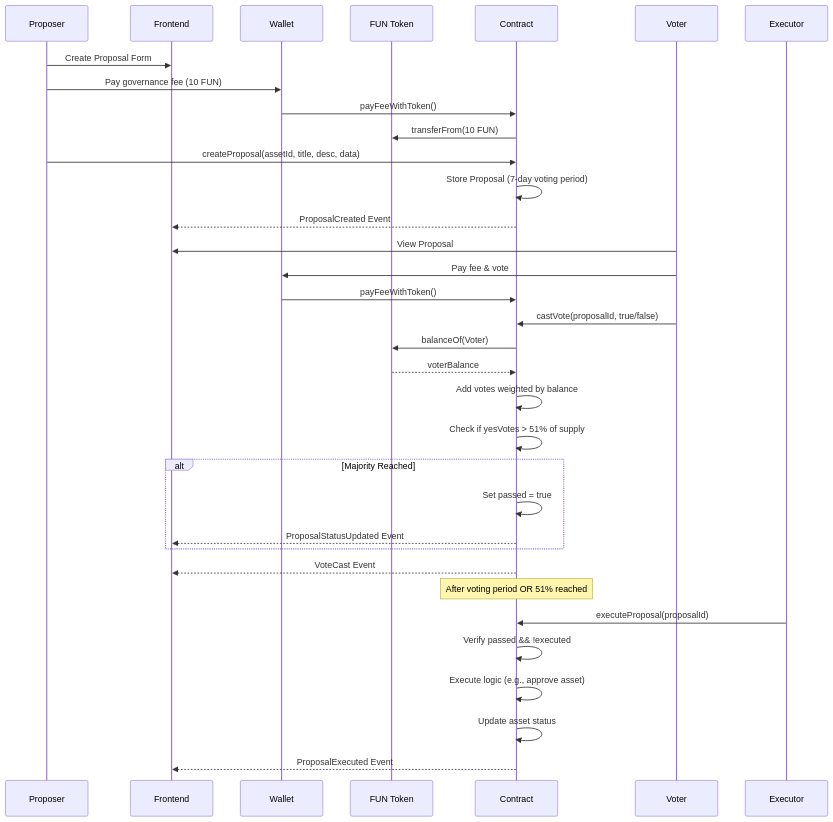
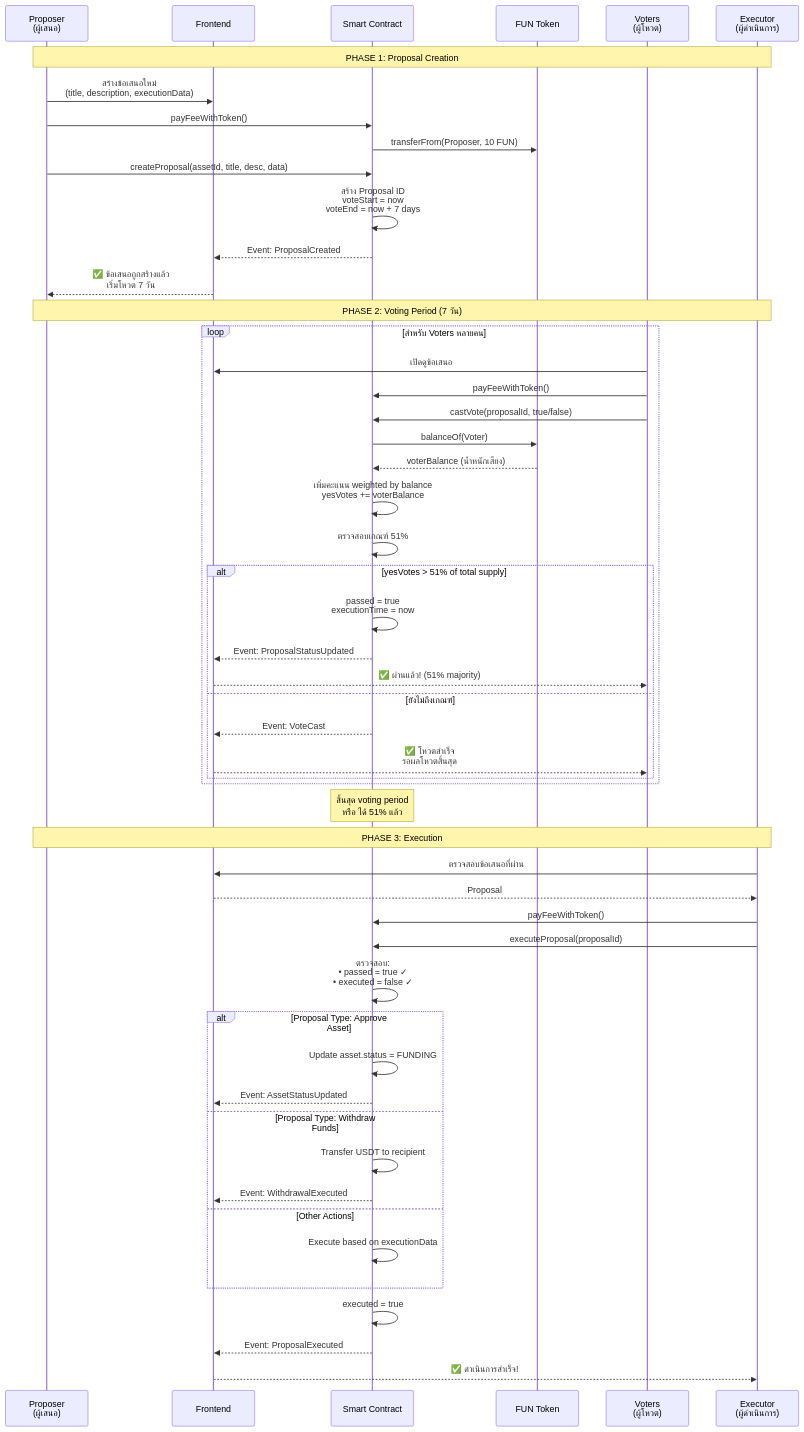
One commit to Phattarapong26/FinalDAOApp changed the third of 5 diagrams in README.md. Above: the diagram before and after it, drawn with Mermaid. The commit also changed other lines of this file, not shown here.

````diff
--- a/README.md
+++ b/README.md
@@ -223,41 +851,69 @@
 ```mermaid
 sequenceDiagram
-    participant Proposer
-    participant Frontend
-    participant Wallet
-    participant FUN Token
-    participant Contract
-    participant Voter
-    participant Executor
-
-    Proposer->>Frontend: Create Proposal Form
-    Proposer->>Wallet: Pay governance fee (10 FUN)
-    Wallet->>Contract: payFeeWithToken()
-    Contract->>FUN Token: transferFrom(10 FUN)
+    participant Prop as Proposer<br/>(ผู้เสนอ)
+    participant UI as Frontend
+    participant SC as Smart Contract
+    participant FUN as FUN Token
+    participant Voter as Voters<br/>(ผู้โหวต)
+    participant Exec as Executor<br/>(ผู้ดำเนินการ)
     
-    Proposer->>Contract: createProposal(assetId, title, desc, data)
-    Contract->>Contract: Store Proposal (7-day voting period)
-    Contract-->>Frontend: ProposalCreated Event
+    Note over Prop,Exec: PHASE 1: Proposal Creation
     
-    Voter->>Frontend: View Proposal
-    Voter->>Wallet: Pay fee & vote
-    Wallet->>Contract: payFeeWithToken()
-    Voter->>Contract: castVote(proposalId, true/false)
-    Contract->>FUN Token: balanceOf(Voter)
-    FUN Token-->>Contract: voterBalance
-    Contract->>Contract: Add votes weighted by balance
-    Contract->>Contract: Check if yesVotes > 51% of supply
-    alt Majority Reached
-        Contract->>Contract: Set passed = true
-        Contract-->>Frontend: ProposalStatusUpdated Event
+    Prop->>UI: สร้างข้อเสนอใหม่<br/>(title, description, executionData)
+    Prop->>SC: payFeeWithToken()
+    SC->>FUN: transferFrom(Proposer, 10 FUN)
+    
+    Prop->>SC: createProposal(assetId, title, desc, data)
+    SC->>SC: สร้าง Proposal ID<br/>voteStart = now<br/>voteEnd = now + 7 days
+    SC-->>UI: Event: ProposalCreated
+    UI-->>Prop: ✅ ข้อเสนอถูกสร้างแล้ว<br/>เริ่มโหวต 7 วัน
+    
+    Note over Prop,Exec: PHASE 2: Voting Period (7 วัน)
+    
+    loop สำหรับ Voters หลายคน
+        Voter->>UI: เปิดดูข้อเสนอ
+        Voter->>SC: payFeeWithToken()
+        Voter->>SC: castVote(proposalId, true/false)
+        
+        SC->>FUN: balanceOf(Voter)
+        FUN-->>SC: voterBalance (น้ำหนักเสียง)
+        
+        SC->>SC: เพิ่มคะแนน weighted by balance<br/>yesVotes += voterBalance
+        SC->>SC: ตรวจสอบเกณฑ์ 51%
+        
+        alt yesVotes > 51% of total supply
+            SC->>SC: passed = true<br/>executionTime = now
+            SC-->>UI: Event: ProposalStatusUpdated
+            UI-->>Voter: ✅ ผ่านแล้ว! (51% majority)
+        else ยังไม่ถึงเกณฑ์
+            SC-->>UI: Event: VoteCast
+            UI-->>Voter: ✅ โหวตสำเร็จ<br/>รอผลโหวตสิ้นสุด
+        end
     end
-    Contract-->>Frontend: VoteCast Event
     
-    Note over Contract: After voting period OR 51% reached
+    Note over SC: สิ้นสุด voting period<br/>หรือ ได้ 51% แล้ว
     
-    Executor->>Contract: executeProposal(proposalId)
-    Contract->>Contract: Verify passed && !executed
-    Contract->>Contract: Execute logic (e.g., approve asset)
-    Contract->>Contract: Update asset status
-    Contract-->>Frontend: ProposalExecuted Event
+    Note over Prop,Exec: PHASE 3: Execution
+    
+    Exec->>UI: ตรวจสอบข้อเสนอที่ผ่าน
+    UI-->>Exec: Proposal #X passed ✓
+    
+    Exec->>SC: payFeeWithToken()
+    Exec->>SC: executeProposal(proposalId)
+    
+    SC->>SC: ตรวจสอบ:<br/>• passed = true ✓<br/>• executed = false ✓
+    
+    alt Proposal Type: Approve Asset
+        SC->>SC: Update asset.status = FUNDING
+        SC-->>UI: Event: AssetStatusUpdated
+    else Proposal Type: Withdraw Funds
+        SC->>SC: Transfer USDT to recipient
+        SC-->>UI: Event: WithdrawalExecuted
+    else Other Actions
+        SC->>SC: Execute based on executionData
+    end
+    
+    SC->>SC: executed = true
+    SC-->>UI: Event: ProposalExecuted
+    UI-->>Exec: ✅ ดำเนินการสำเร็จ!
 ```
````
